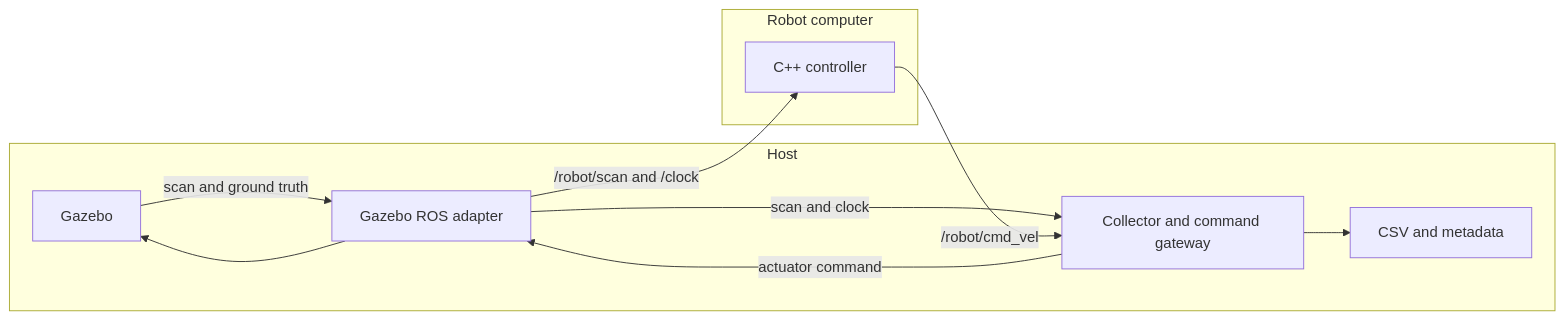
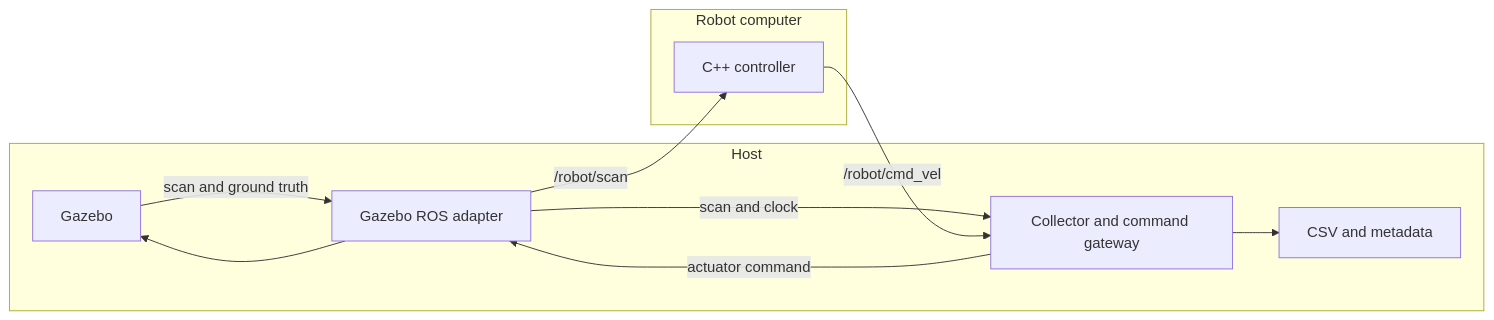
One commit to kkgiorgos/Chimaera changed the diagram in ros/wall_follow_ws/README.md. Above: the diagram before and after it, drawn with Mermaid. The commit also changed other lines of this file and 40 other files, not shown here.

````diff
--- a/ros/wall_follow_ws/README.md
+++ b/ros/wall_follow_ws/README.md
@@ -19,15 +19,15 @@
 ```mermaid
 flowchart LR
   subgraph host[Host]
     G[Gazebo] -->|scan and ground truth| A[Gazebo ROS adapter]
     A -->|scan and clock| H[Collector and command gateway]
     H -->|actuator command| A
     A --> G
     H --> F[CSV and metadata]
   end
   subgraph robot[Robot computer]
     C[C++ controller]
   end
-  A -->|/robot/scan and /clock| C
+  A -->|/robot/scan| C
   C -->|/robot/cmd_vel| H
 ```
````
